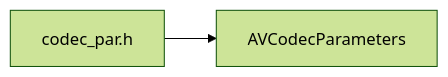
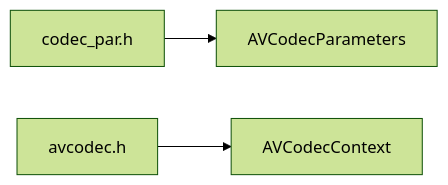
Before and after one commit to Wvvatt/learning_ffmpeg: the third of 3 diagrams in README.md, drawn with Mermaid (forest theme). The commit also changed 5 other files, not shown here.

````diff
--- a/README.md
+++ b/README.md
@@ -29,5 +29,6 @@
 ```mermaid
 graph LR
 
     codec_par.h --> AVCodecParameters
+    avcodec.h --> AVCodecContext
 ```
````
